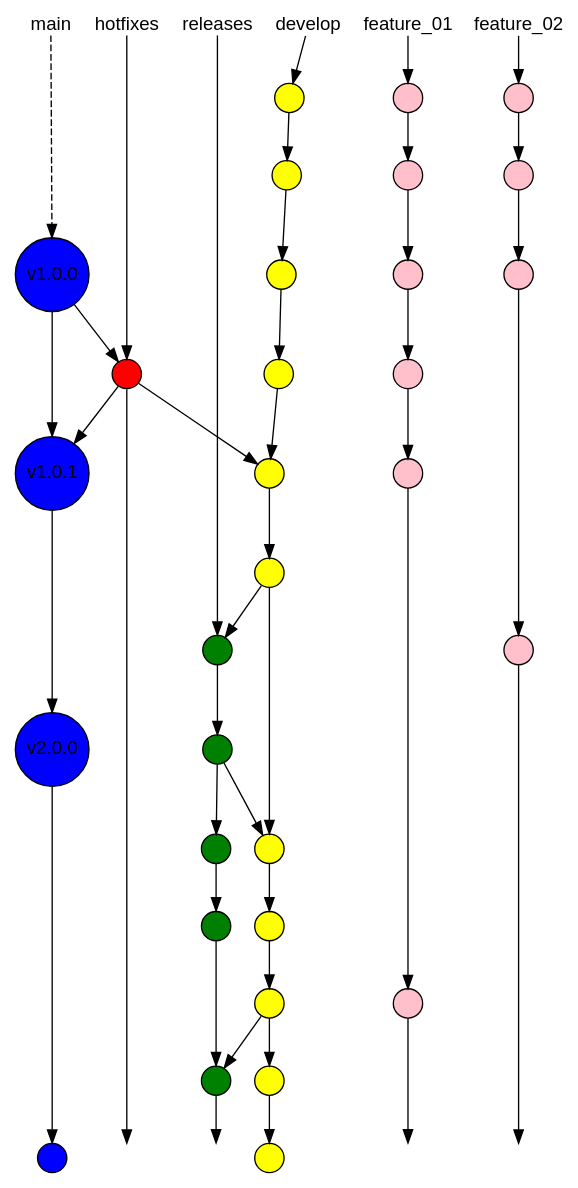
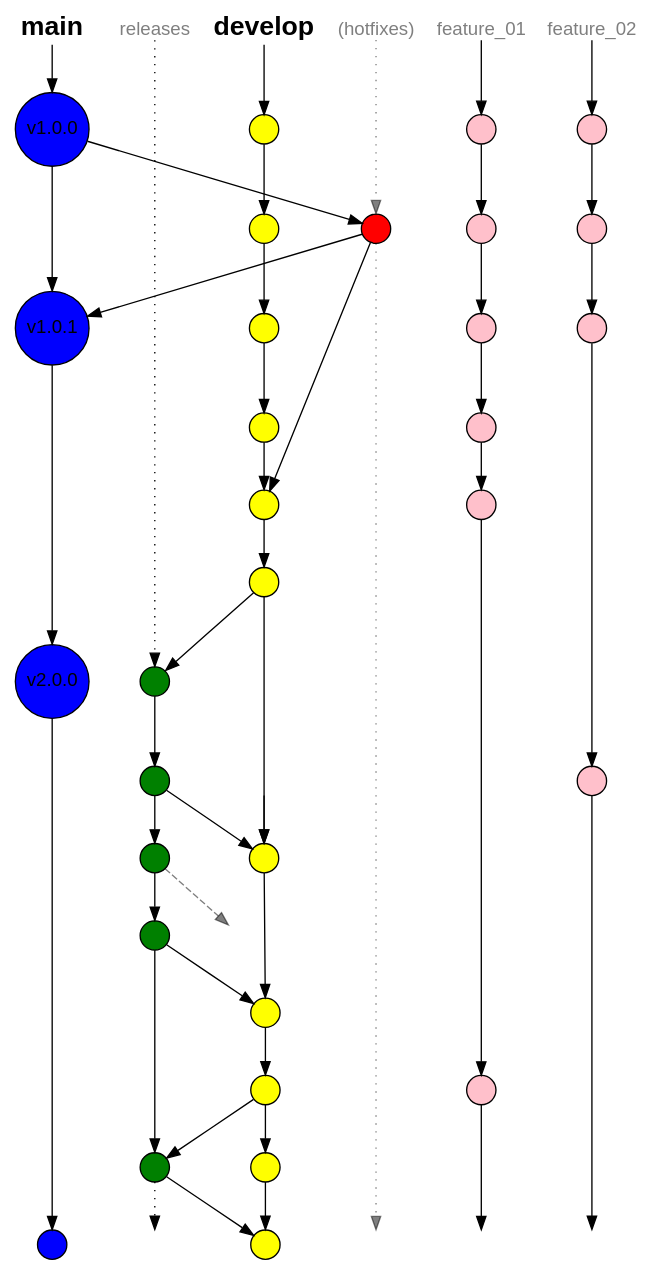
The diagram in release_trigger.dot (ynput/ci-testing), drawn with Graphviz before and after one commit.

Commit message:
Enhanced got file

```diff
--- a/release_trigger.dot
+++ b/release_trigger.dot
@@ -1,97 +1,121 @@
 digraph ReleaseProcess {
     node [shape=circle, fontname="Arial", width=0.3, height=0.3, style=filled, label=""];
     rankdir=TB;
 
-    main_start [style="", shape=plain, label="main"];
-    hotfix_start [style="", shape=plain, label="hotfixes"];
-    release_start [style="", shape=plain, label="releases"];
-    develop_start [style="", shape=plain, label="develop"];
-    feature01_start [style="", shape=plain, label="feature_01"];
-    feature02_start [style="", shape=plain, label="feature_02"];
+    main_start [style="", shape=plain, label=<<b>main</b>>, fontsize=20];
+    hotfix_start [style="", shape=plain, label="(hotfixes)", fontcolor="#00000080"];
+    release_start [style="", shape=plain, label="releases", fontcolor="#00000080"];
+    develop_start [style="", shape=plain, label=<<b>develop</b>>, fontsize=20];
+    feature01_start [style="", shape=plain, label="feature_01", fontcolor="#00000080"];
+    feature02_start [style="", shape=plain, label="feature_02", fontcolor="#00000080"];
     main_end [fillcolor=blue, label=""];
     hotfix_end [style="", shape=plaintext, label=""];
     release_end [style="", shape=plaintext, label=""];
     develop_end [fillcolor=yellow, label=""];
     feature01_end [style="", shape=plaintext, label=""];
     feature02_end [style="", shape=plaintext, label=""];
 
     main_01 [fillcolor=blue, label="v1.0.0", margin=0.01];
+    main_invisible_01 [ style=invis ];
     main_02 [fillcolor=blue, label="v1.0.1", margin=0.01];
     main_03 [fillcolor=blue, label="v2.0.0", margin=0.01];
 
     hotfix_01 [fillcolor=red, label=""];
 
     release_01 [fillcolor=green, label=""];
     release_02 [fillcolor=green, label=""];
     release_03 [fillcolor=green, label=""];
     release_04 [fillcolor=green, label=""];
     release_05 [fillcolor=green, label=""];
 
     dev_01 [fillcolor=yellow, label=""];
     dev_02 [fillcolor=yellow, label=""];
     dev_03 [fillcolor=yellow, label=""];
     dev_04 [fillcolor=yellow, label=""];
     dev_05 [fillcolor=yellow, label=""];
     dev_06 [fillcolor=yellow, label=""];
+    dev_invis_01 [ style=invis ];
+    dev_invis_02 [ style=invis ];
     dev_07 [fillcolor=yellow, label=""];
+    dev_invis_03 [ style=invis ];
     dev_08 [fillcolor=yellow, label=""];
     dev_09 [fillcolor=yellow, label=""];
     dev_10 [fillcolor=yellow, label=""];
 
     feature01_01 [fillcolor=pink, label=""];
     feature01_02 [fillcolor=pink, label=""];
     feature01_03 [fillcolor=pink, label=""];
     feature01_04 [fillcolor=pink, label=""];
     feature01_05 [fillcolor=pink, label=""];
     feature01_06 [fillcolor=pink, label=""];
 
     feature02_01 [fillcolor=pink, label=""];
     feature02_02 [fillcolor=pink, label=""];
     feature02_03 [fillcolor=pink, label=""];
     feature02_04 [fillcolor=pink, label=""];
 
-    main_start -> main_01 [style=dashed]
-    main_01 -> { main_02, hotfix_01 }
-    main_02 -> main_03
-    main_03 -> main_end
+    { rank=same; main_start, hotfix_start, release_start, develop_start, feature01_start, feature02_start }
 
-    { rank=same; main_start, hotfix_start, release_start, develop_start, feature01_start, feature02_start }
+    subgraph main {
+        rankdir=TB;
+        main_start -> main_01;
+        main_01 -> main_invisible_01 [style=invis];
+        main_01 -> main_02 [ constraint=false ];
+        main_invisible_01 -> main_02 [style=invis];
+        main_02 -> main_03 -> main_end;
+    }
 
     subgraph hotfix {
         rankdir=TB;
-        hotfix_start -> hotfix_01 -> hotfix_end;
-        hotfix_01 -> { main_02, dev_05 };
+        hotfix_start -> hotfix_01 [ style=dotted, color="#00000080" ];
+        hotfix_01 -> hotfix_end [ style=dotted, color="#00000080" ];
     }
 
     subgraph releases {
         rankdir=TB;
-        release_start -> release_01 -> release_02 -> release_03 -> release_04 -> release_05 -> release_end;
-        release_02 -> dev_07;
-        // release_03 -> dev_08 [label="bugfixes only", color=grey];
-        // release_04 -> dev_09;
-        // release_05 -> release_end;
+        release_start -> release_01 [style=dotted];
+        release_01 -> release_02 -> release_03 -> release_04 -> release_05;
+        release_05 -> release_end [style=dotted];
     }
 
     subgraph develop {
         rankdir=TB;
-        develop_start -> dev_01 -> dev_02 -> dev_03 -> dev_04 -> dev_05 -> dev_06 -> dev_07 -> dev_08 -> dev_09 -> dev_10 -> develop_end;
-        dev_06 -> release_01;
-        dev_09 -> release_05;
-        // dev_03 -> feature01_01;
-        // dev_07 -> feature01_04;
+        develop_start -> dev_01 -> dev_02 -> dev_03 -> dev_04 -> dev_05 -> dev_06;
+        dev_06 -> dev_invis_01 [ style=invis ];
+        dev_06 -> dev_07 [ constraint=false ];
+        dev_invis_01 -> dev_invis_02 [ style=invis ];
+        dev_invis_02 -> dev_07;
+        dev_07 -> dev_invis_03 [ style=invis ];
+        dev_07 -> dev_08;
+        dev_invis_03 -> dev_08 [ style=invis ];
+        dev_08 -> dev_09 -> dev_10 -> develop_end;
     }
 
     subgraph feature01 {
         rankdir=TB;
         feature01_start -> feature01_01 -> feature01_02 -> feature01_03 -> feature01_04 -> feature01_05 -> feature01_06 -> feature01_end;
-        // feature01_03 -> dev_06;
-        // feature01_06 -> dev_09;
     }
 
     subgraph feature02 {
         rankdir=TB;
         feature02_start -> feature02_01 -> feature02_02 -> feature02_03 -> feature02_04 -> feature02_end;
     }
 
+    splines=line
+
+    { rank=same; main_invisible_01, hotfix_01 };
+    main_01 -> hotfix_01 [constraint=false, style=solid, color=black];
+    hotfix_01 -> { main_02, dev_05 } [constraint=false, style=solid, color=black];
+
+    { rank=same; release_01, dev_invis_01 }
+    { rank=same; release_02, dev_invis_02 }
+    dev_06 -> release_01 [ constraint=false, style=solid, color=black ];
+    release_02 -> dev_07 [ constraint=false, style=solid, color=black ];
+    release_03 -> dev_invis_03 [ constraint=false, style=dashed, color="#00000080" ]
+    release_04 -> dev_08 [ constraint=false, style=solid, color=black ];
+    dev_09 -> release_05 [ constraint=false, style=solid, color=black ];
+    release_05 -> develop_end [ constraint=false, style=solid, color=black ];
+
     { rank=same; main_end, hotfix_end, release_end, develop_end, feature01_end, feature02_end }
+
 }
```
